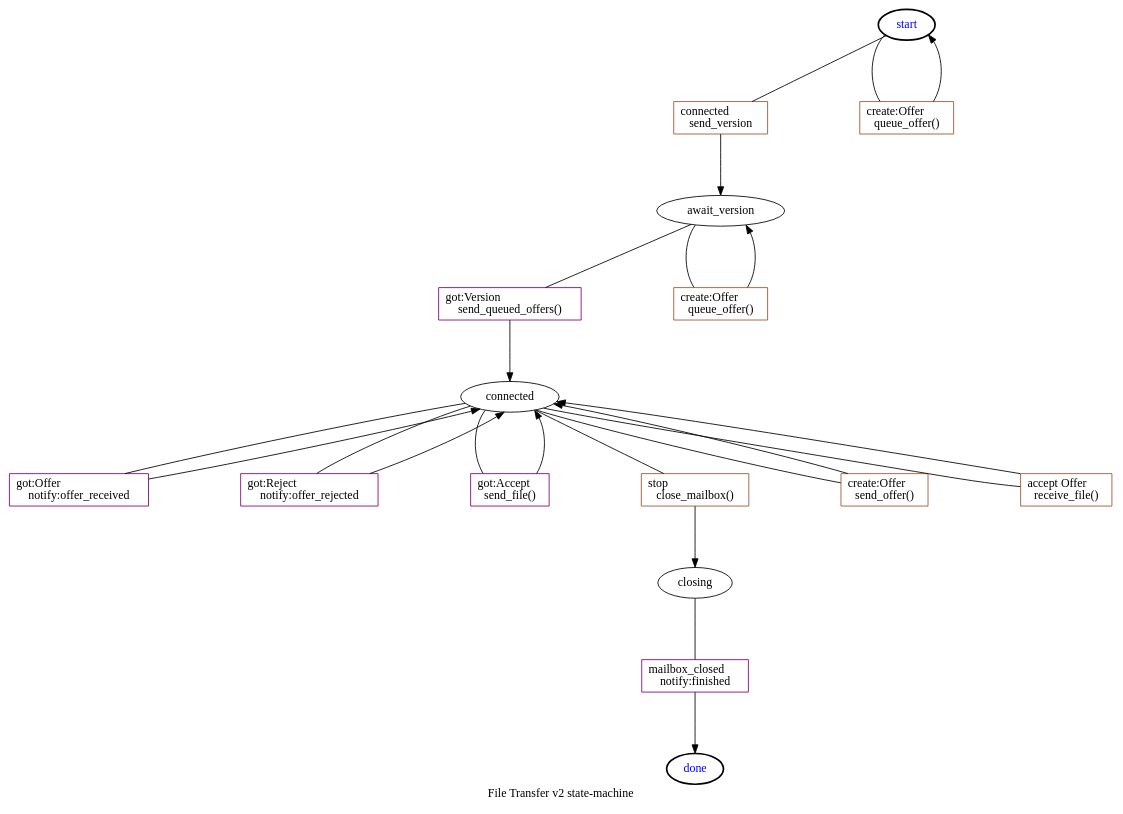
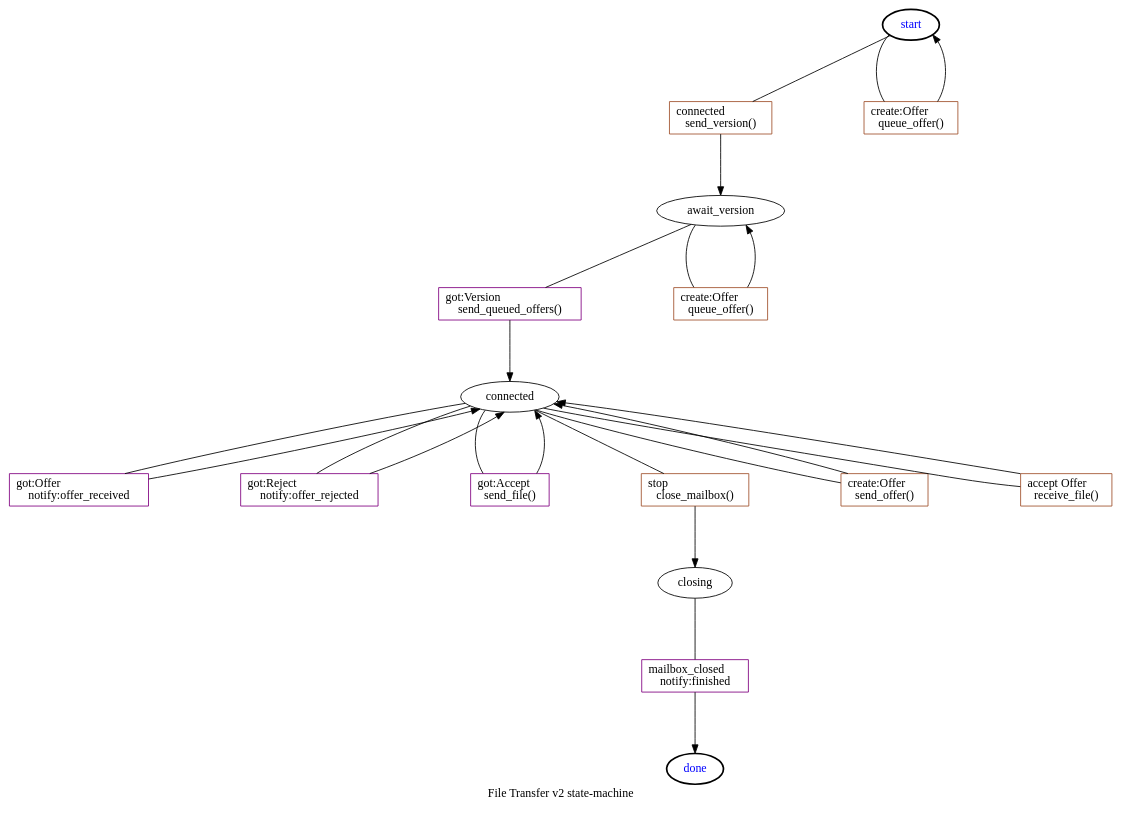
The diagram in file-transfer-v2.dot (magic-wormhole/magic-wormhole-protocols), drawn with Graphviz before and after one commit.

Commit message:
tweak diagram

```diff
--- a/file-transfer-v2.dot
+++ b/file-transfer-v2.dot
@@ -1,70 +1,102 @@
 digraph {
         label="File Transfer v2 state-machine";
+        labelfontsize=40;
+        labelfontname="Source Code Pro";
         pack=true;
         rankdir="TB";
         ranksep="1.0 equally";
         nodesep=1.5;
 /*graph [nodesep=1.5];*/
 node[];
 edge [labelfloat=true,labelfontsize=16,];
 
         start [style=bold,fontcolor=blue];
 
         // the Dilation connection becomes available
         start -> got_connect[arrowhead=none];
         got_connect -> await_version;
-        got_connect[shape=box,color=sienna,label="connected\lsend_version"]
+        got_connect[shape=box,color=sienna,label="connected\lsend_version()"]
 
         // user creates an Offer
         start -> create_offer0[arrowhead=none];
         create_offer0 -> start;
         create_offer0[shape=box,color=sienna,label="create:Offer\lqueue_offer()"];
 
         // the other side sends us a Version message
         await_version -> got_version[arrowhead=none];
         got_version -> connected;
         got_version[shape=box,color=purple,label="got:Version\lsend_queued_offers()"];
 
         // user creates an Offer
         await_version -> create_offer1[arrowhead=none];
         create_offer1 -> await_version;
         create_offer1[shape=box,color=sienna,label="create:Offer\lqueue_offer()"];
 
         // other side sends offer, we notify our human
         connected -> got_offer[arrowhead=none];
         got_offer -> connected;
         got_offer[shape=box,color=purple,label="got:Offer\lnotify:offer_received"];
 
         // other side rejects our offer, notify human
         connected -> reject_offer[arrowhead=none];
         reject_offer -> connected;
         reject_offer[shape=box,color=purple,label="got:Reject\lnotify:offer_rejected"];
 
         // other side accepts our offer, send file
         connected -> got_accept[arrowhead=none];
         got_accept -> connected;
         got_accept[shape=box,color=purple,label="got:Accept\lsend_file()"];
 
         // human tells us to stop, shut down
         connected -> send_stop[arrowhead=none];
         send_stop -> closing;
         send_stop[shape=box,color=sienna,label="stop\lclose_mailbox()"];
 
         // user creates an Offer
         connected -> create_offer2[arrowhead=none];
         create_offer2 -> connected;
         create_offer2[shape=box,color=sienna,label="create:Offer\lsend_offer()"];
 
         // our human accepts an offer, download the file
         connected -> accept_offer[arrowhead=none];
         accept_offer -> connected;
         accept_offer[shape=box,color=sienna,label="accept Offer\lreceive_file()"];
 
         // mailbox confirms close
         closing -> await_close[arrowhead=none];
         await_close -> done;
         await_close[shape=box,color=purple,label="mailbox_closed\lnotify:finished"];
 
         done [style=bold,fontcolor=blue];
 
+
+        // bunch of error cases .. technically there's probably a few
+        // more (like if we receive anything at all in "closing" or
+        // "closing_error")
+        //
+        // uncomment to .. clutter the diagram
+
+        /*
+
+        // get Offer before Version
+        await_version -> offer_err0[arrowhead=none,color=red];
+        offer_err0 -> closing_error[color=red];
+        offer_err0[shape=box,color=purple,label="got:Offer\lclose_mailbox()"]
+
+        // get Accept before Version
+        await_version -> offer_ans0[arrowhead=none,color=red];
+        offer_ans0 -> closing_error[color=red];
+        offer_ans0[shape=box,color=purple,label="got:Accept\lclose_mailbox()"]
+
+        // get Reject before Version
+        await_version -> offer_rej0[arrowhead=none,color=red];
+        offer_rej0 -> closing_error[color=red];
+        offer_rej0[shape=box,color=purple,label="got:Reject\lclose_mailbox()"]
+
+        // closing_error worked
+        closing_error -> err_close[arrowhead=none,color=red];
+        err_close -> done[color=red];
+        err_close[shape=box,color=purple,label="mailbox_closed\lnotify:finished_error"];
+
+        */
 }
```
